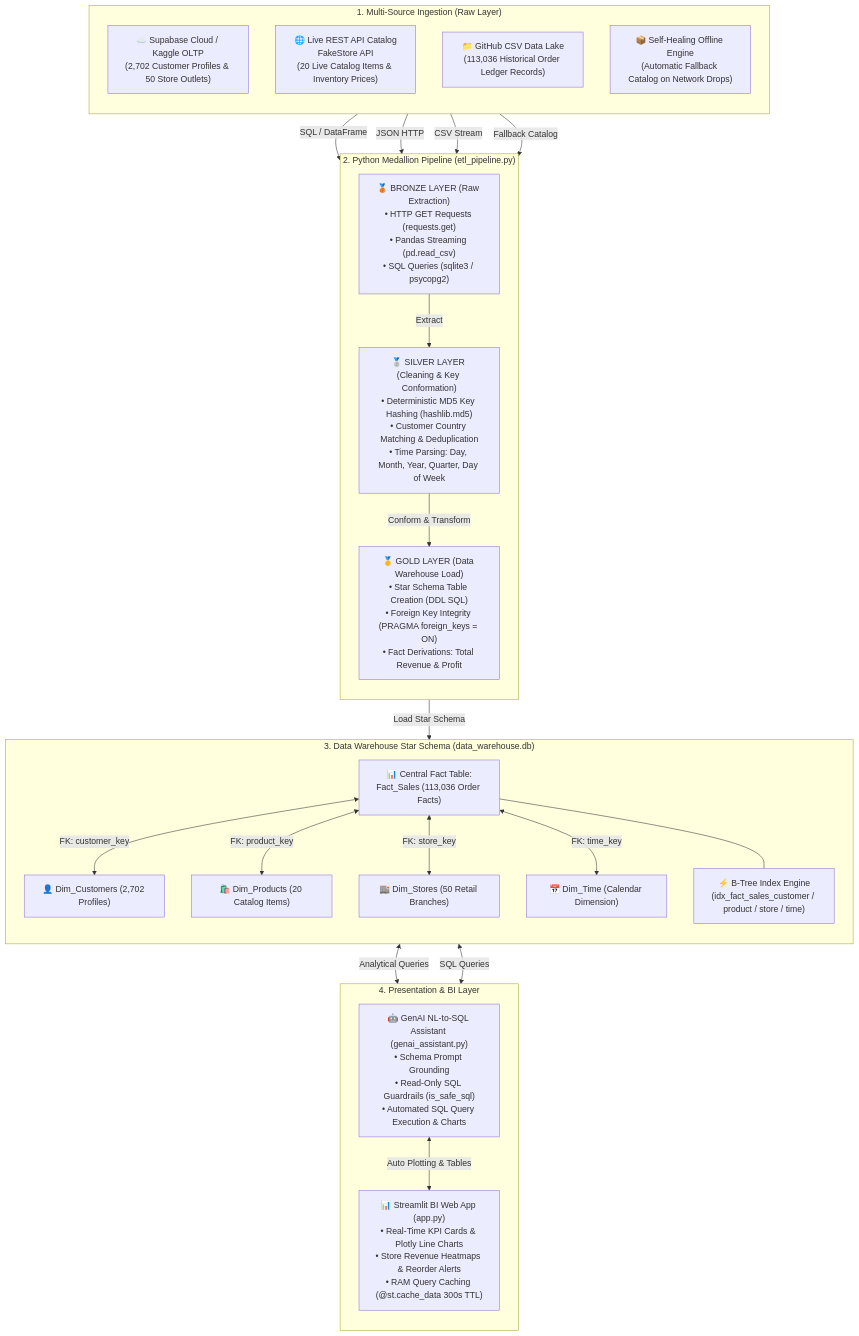
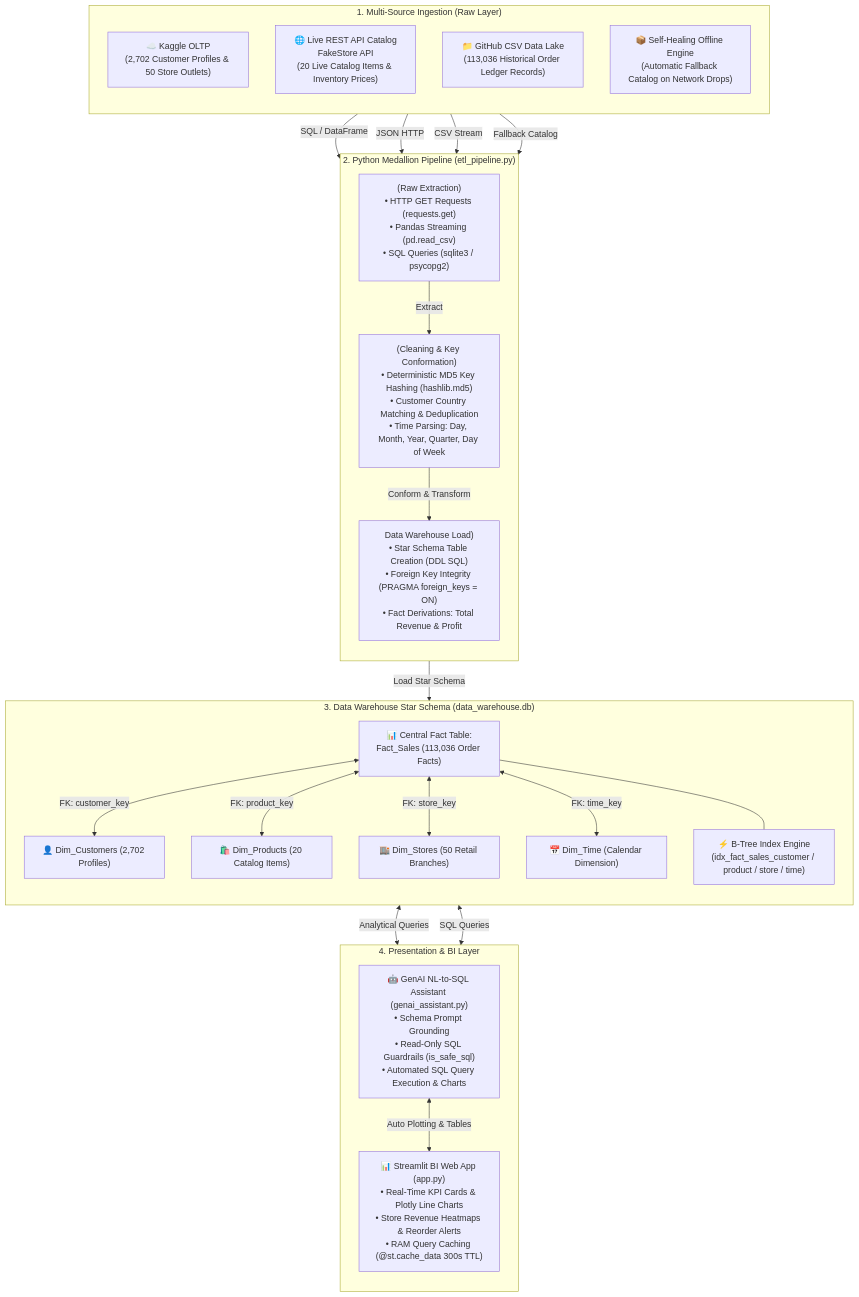
One commit to Jerinarch/Smart-Retail-Sytem changed the first of 2 diagrams in README.md. Above: the diagram before and after it, drawn with Mermaid. The commit also changed other lines of this file, not shown here.

Commit message:
docs: sync README.md updates to GitHub with refined flowchart labels and full deliverables checklist

````diff
--- a/README.md
+++ b/README.md
@@ -27,52 +27,52 @@
 ```mermaid
 flowchart TD
     subgraph Sources ["1. Multi-Source Ingestion (Raw Layer)"]
         direction TB
-        S1["☁️ Supabase Cloud / Kaggle OLTP<br/>(2,702 Customer Profiles & 50 Store Outlets)"]
+        S1["☁️ Kaggle OLTP<br/>(2,702 Customer Profiles & 50 Store Outlets)"]
         S2["🌐 Live REST API Catalog<br/>FakeStore API<br/>(20 Live Catalog Items & Inventory Prices)"]
         S3["📁 GitHub CSV Data Lake<br/>(113,036 Historical Order Ledger Records)"]
         S4["📦 Self-Healing Offline Engine<br/>(Automatic Fallback Catalog on Network Drops)"]
     end
 
     subgraph ETL ["2. Python Medallion Pipeline (etl_pipeline.py)"]
         direction TB
-        B["🥉 BRONZE LAYER (Raw Extraction)<br/>• HTTP GET Requests (requests.get)<br/>• Pandas Streaming (pd.read_csv)<br/>• SQL Queries (sqlite3 / psycopg2)"]
+        B["(Raw Extraction)<br/>• HTTP GET Requests (requests.get)<br/>• Pandas Streaming (pd.read_csv)<br/>• SQL Queries (sqlite3 / psycopg2)"]
         
-        Si["🥈 SILVER LAYER (Cleaning & Key Conformation)<br/>• Deterministic MD5 Key Hashing (hashlib.md5)<br/>• Customer Country Matching & Deduplication<br/>• Time Parsing: Day, Month, Year, Quarter, Day of Week"]
+        Si[" (Cleaning & Key Conformation)<br/>• Deterministic MD5 Key Hashing (hashlib.md5)<br/>• Customer Country Matching & Deduplication<br/>• Time Parsing: Day, Month, Year, Quarter, Day of Week"]
         
-        G["🥇 GOLD LAYER (Data Warehouse Load)<br/>• Star Schema Table Creation (DDL SQL)<br/>• Foreign Key Integrity (PRAGMA foreign_keys = ON)<br/>• Fact Derivations: Total Revenue & Profit"]
+        G[" Data Warehouse Load)<br/>• Star Schema Table Creation (DDL SQL)<br/>• Foreign Key Integrity (PRAGMA foreign_keys = ON)<br/>• Fact Derivations: Total Revenue & Profit"]
         
         B -->|Extract| Si -->|Conform & Transform| G
     end
 
     subgraph Target ["3. Data Warehouse Star Schema (data_warehouse.db)"]
         direction TB
         FACT["📊 Central Fact Table:<br/>Fact_Sales (113,036 Order Facts)"]
         DIM1["👤 Dim_Customers (2,702 Profiles)"]
         DIM2["🛍️ Dim_Products (20 Catalog Items)"]
         DIM3["🏬 Dim_Stores (50 Retail Branches)"]
         DIM4["📅 Dim_Time (Calendar Dimension)"]
         IDX["⚡ B-Tree Index Engine<br/>(idx_fact_sales_customer / product / store / time)"]
         
         FACT <-->|FK: customer_key| DIM1
         FACT <-->|FK: product_key| DIM2
         FACT <-->|FK: store_key| DIM3
         FACT <-->|FK: time_key| DIM4
         FACT --- IDX
     end
 
     subgraph Visual ["4. Presentation & BI Layer"]
         direction TB
         ST["📊 Streamlit BI Web App (app.py)<br/>• Real-Time KPI Cards & Plotly Line Charts<br/>• Store Revenue Heatmaps & Reorder Alerts<br/>• RAM Query Caching (@st.cache_data 300s TTL)"]
         AI["🤖 GenAI NL-to-SQL Assistant (genai_assistant.py)<br/>• Schema Prompt Grounding<br/>• Read-Only SQL Guardrails (is_safe_sql)<br/>• Automated SQL Query Execution & Charts"]
     end
 
     S1 -->|SQL / DataFrame| B
     S2 -->|JSON HTTP| B
     S3 -->|CSV Stream| B
     S4 -->|Fallback Catalog| B
     G -->|Load Star Schema| Target
     Target <-->|Analytical Queries| ST
     Target <-->|SQL Queries| AI
     AI <-->|Auto Plotting & Tables| ST
 ```
````
